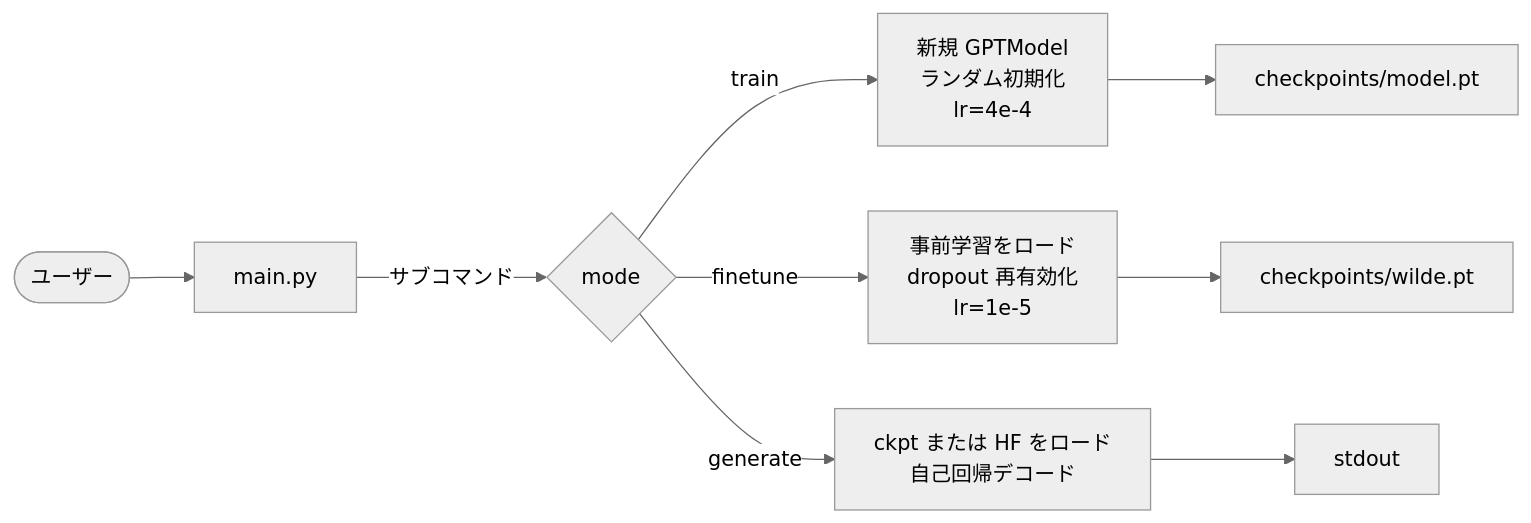
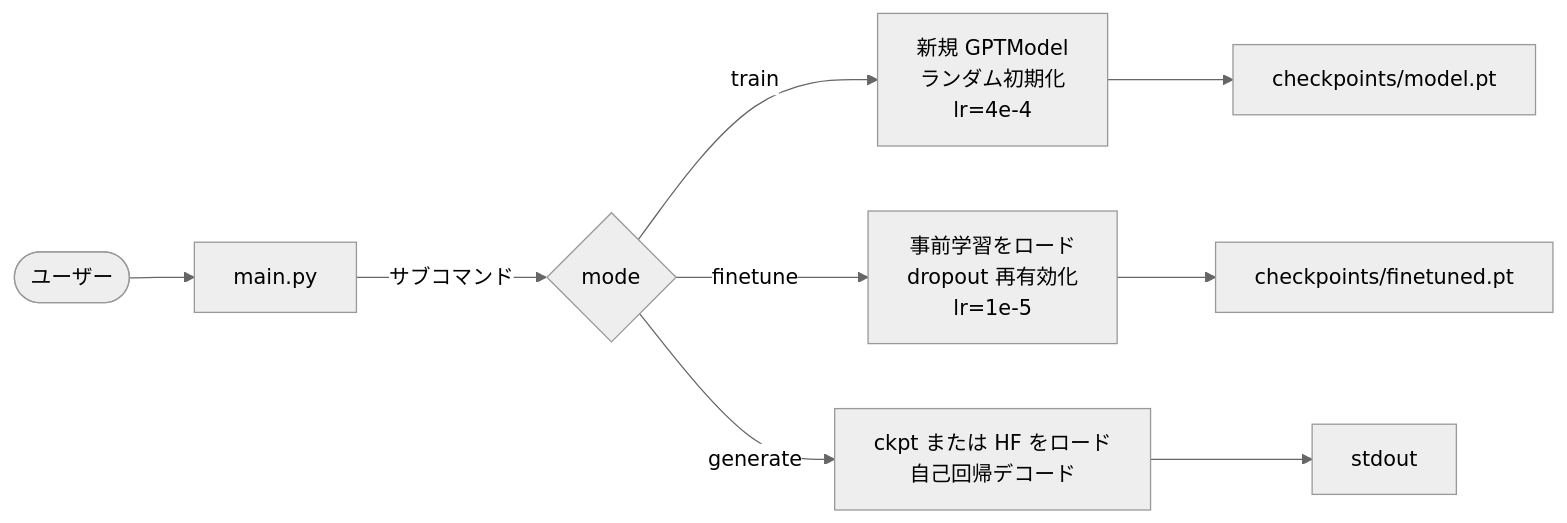
Before and after one commit to cacapouh/gpt2-from-scratch: the third of 3 diagrams in docs/architecture.md, drawn with Mermaid (neutral theme). The commit also changed other lines of this file and 11 other files, not shown here.

````diff
--- a/docs/architecture.md
+++ b/docs/architecture.md
@@ -81,11 +76,11 @@
 ```mermaid
 flowchart LR
     U([ユーザー]) --> M[main.py]
     M -->|サブコマンド| T{mode}
     T -->|train| TRAIN_MODE[新規 GPTModel<br/>ランダム初期化<br/>lr=4e-4]
     T -->|finetune| FT_MODE[事前学習をロード<br/>dropout 再有効化<br/>lr=1e-5]
     T -->|generate| GEN_MODE[ckpt または HF をロード<br/>自己回帰デコード]
     TRAIN_MODE --> CKPT1[checkpoints/model.pt]
-    FT_MODE --> CKPT2[checkpoints/wilde.pt]
+    FT_MODE --> CKPT2[checkpoints/finetuned.pt]
     GEN_MODE --> STDOUT[stdout]
 ```
````
